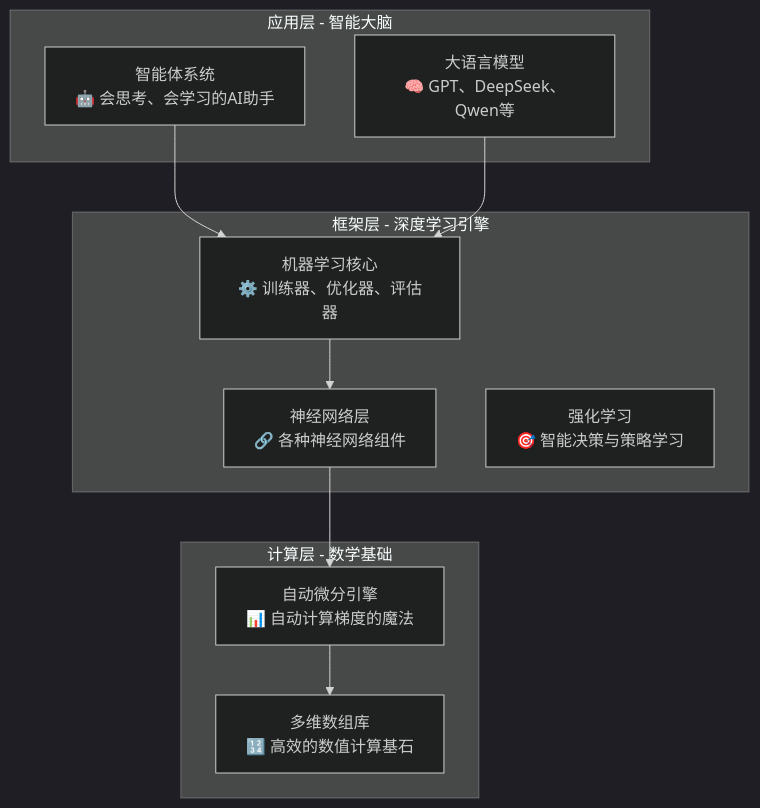
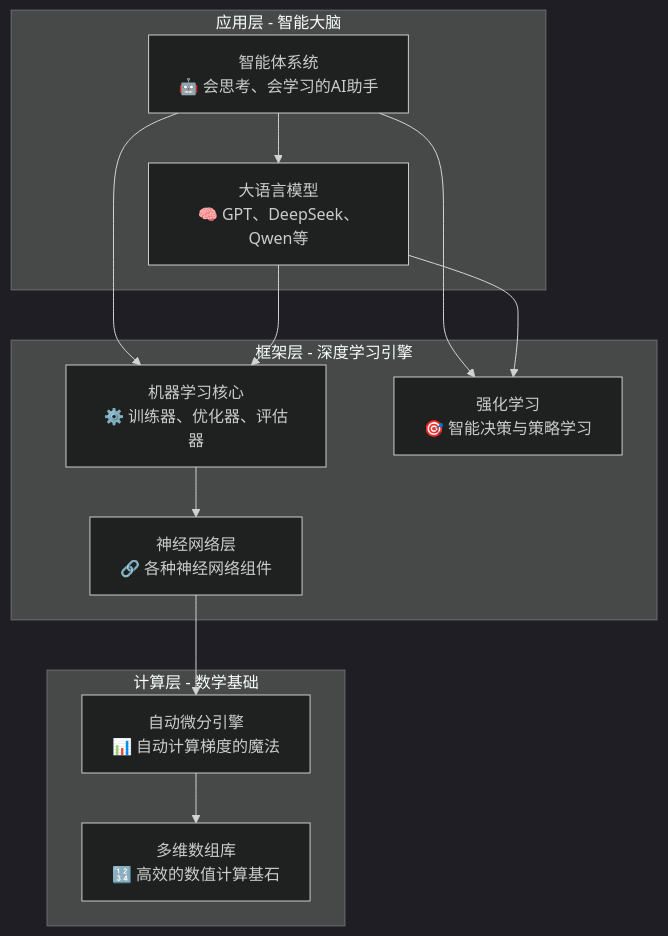
Before and after one commit to Leavesfly/TinyAI: the diagram in TinyAI技术分享文章.md, drawn with Mermaid (dark theme).

````diff
--- a/TinyAI技术分享文章.md
+++ b/TinyAI技术分享文章.md
@@ -23,24 +23,27 @@
 ```mermaid
 graph TB
     subgraph "应用层 - 智能大脑"
         Agent[智能体系统<br/>🤖 会思考、会学习的AI助手]
         Model[大语言模型<br/>🧠 GPT、DeepSeek、Qwen等]
     end
     
     subgraph "框架层 - 深度学习引擎"
         ML[机器学习核心<br/>⚙️ 训练器、优化器、评估器]
         NN[神经网络层<br/>🔗 各种神经网络组件]
         RL[强化学习<br/>🎯 智能决策与策略学习]
     end
     
     subgraph "计算层 - 数学基础"
         Func[自动微分引擎<br/>📊 自动计算梯度的魔法]
         NdArray[多维数组库<br/>🔢 高效的数值计算基石]
     end
     
     Agent --> ML
+    Agent --> RL
+    Agent --> Model
     Model --> ML
+    Model --> RL
     ML --> NN
     NN --> Func
     Func --> NdArray
 ```
````
